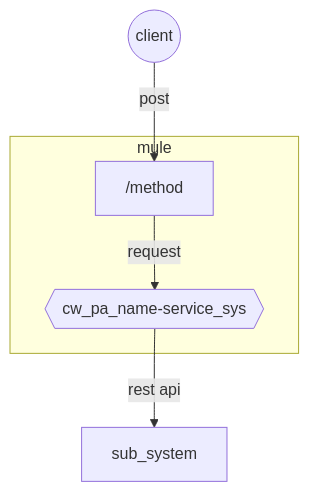
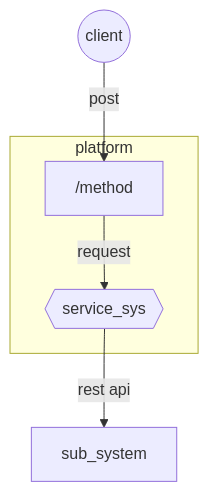
One commit to arc986/apiDoc changed the diagram in API_NAME/README.md. Above: the diagram before and after it, drawn with Mermaid. The commit also changed other lines of this file and 12 other files, not shown here.

````diff
--- a/API_NAME/README.md
+++ b/API_NAME/README.md
@@ -6,8 +6,8 @@
 ```mermaid
 graph TD
 	id0((client)) --post--> /method
-	id1{{cw_pa_name-service_sys}} --rest api--> sub_system
-	subgraph mule
-	/method --request--> id1{{cw_pa_name-service_sys}}
+	id1{{service_sys}} --rest api--> sub_system
+	subgraph platform 
+	/method --request--> id1{{service_sys}}
 	end
 ```
````
